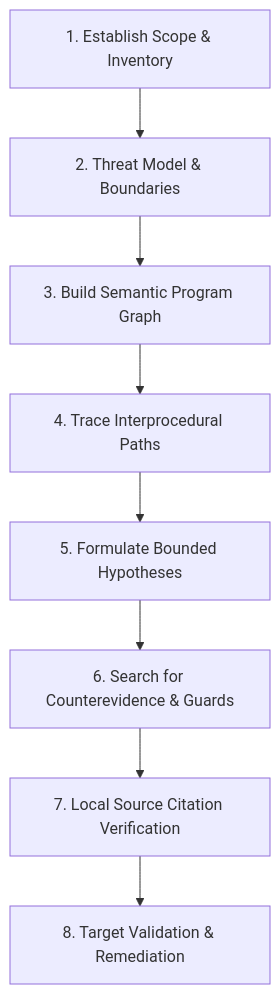
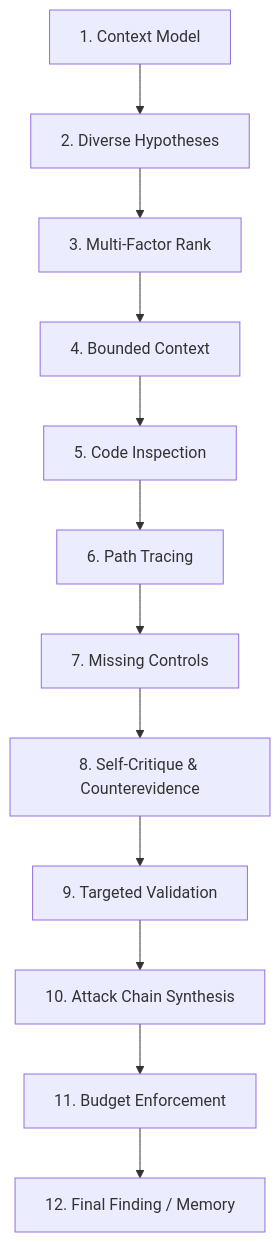
The diagram in SKILL.md (l3tchupkt/semantiq-security), drawn with Mermaid before and after one commit. The commit also changed other lines of this file and 21 other files, not shown here.

Commit message:
feat(discovery): ai-first deep vulnerability discovery engine, multi-step attack chains, and persistent investigation memory

````diff
--- a/SKILL.md
+++ b/SKILL.md
@@ -22,10 +40,14 @@
 ```mermaid
 graph TD
-    Scope[1. Establish Scope & Inventory] --> TM[2. Threat Model & Boundaries]
-    TM --> Graph[3. Build Semantic Program Graph]
-    Graph --> Trace[4. Trace Interprocedural Paths]
-    Trace --> Hypo[5. Formulate Bounded Hypotheses]
-    Hypo --> Counter[6. Search for Counterevidence & Guards]
-    Counter --> Verify[7. Local Source Citation Verification]
-    Verify --> Validate[8. Target Validation & Remediation]
+    S1[1. Context Model] --> S2[2. Diverse Hypotheses]
+    S2 --> S3[3. Multi-Factor Rank]
+    S3 --> S4[4. Bounded Context]
+    S4 --> S5[5. Code Inspection]
+    S5 --> S6[6. Path Tracing]
+    S6 --> S7[7. Missing Controls]
+    S7 --> S8[8. Self-Critique & Counterevidence]
+    S8 --> S9[9. Targeted Validation]
+    S9 --> S10[10. Attack Chain Synthesis]
+    S10 --> S11[11. Budget Enforcement]
+    S11 --> S12[12. Final Finding / Memory]
 ```
````
